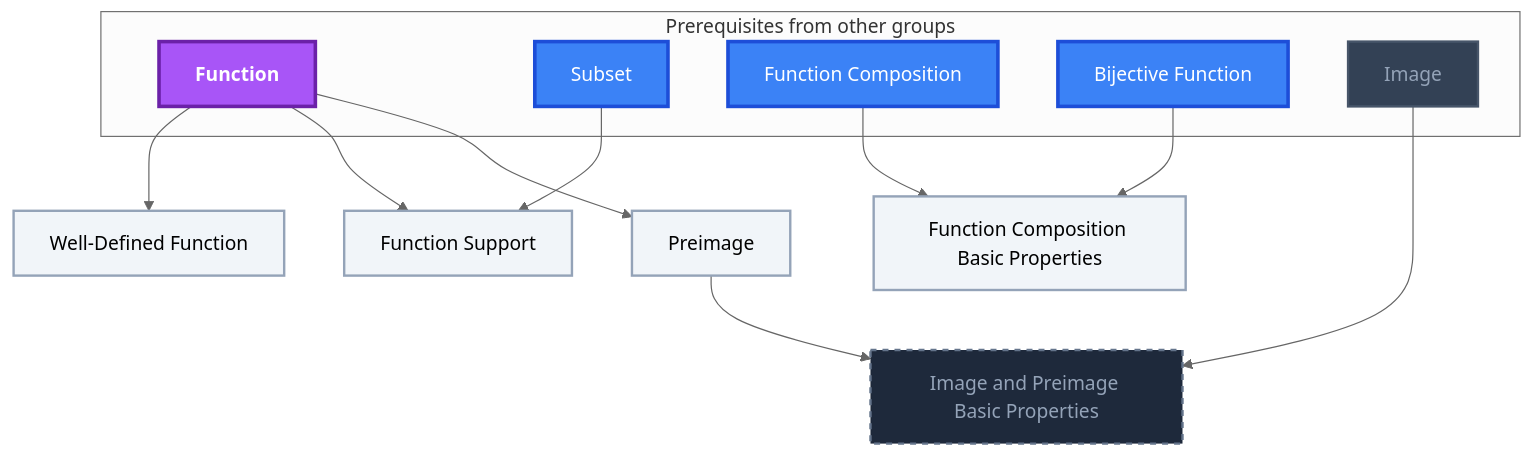
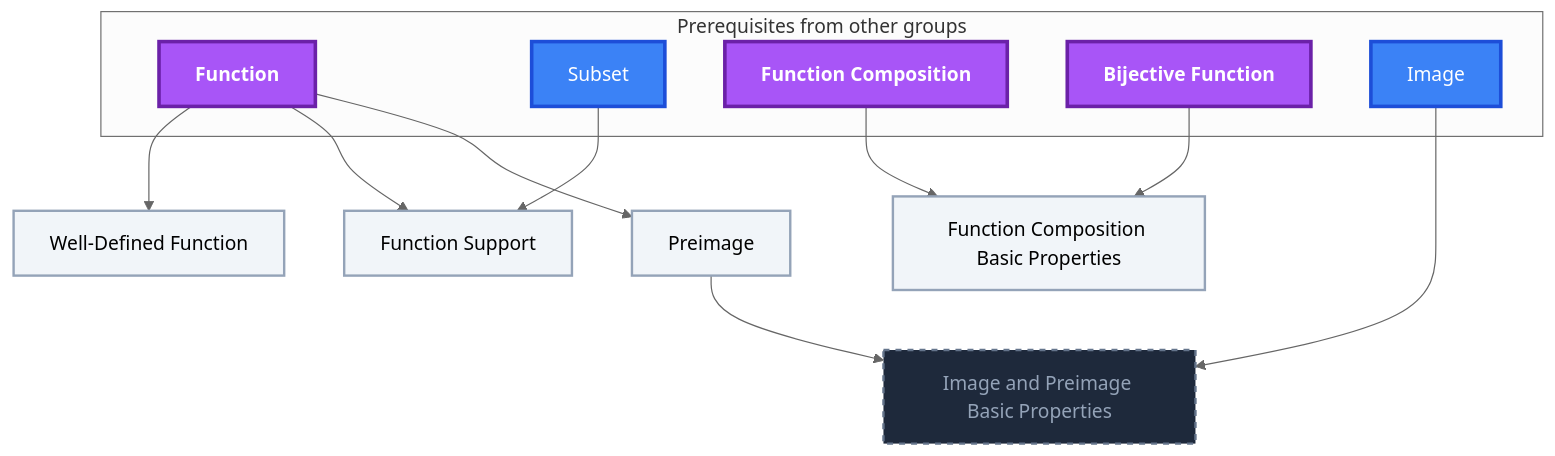
One commit to MRauf1/My-Notes changed the fifth of 7 diagrams in Gamification/Skill Trees/Discrete Mathematics.md. Above: the diagram before and after it, drawn with Mermaid (neutral theme). The commit also changed other lines of this file and 57 other files, not shown here.

````diff
--- a/Gamification/Skill Trees/Discrete Mathematics.md
+++ b/Gamification/Skill Trees/Discrete Mathematics.md
@@ -358,38 +358,37 @@
 ```mermaid
 flowchart TD
     classDef planned fill:#1E293B,stroke:#64748B,stroke-width:2px,stroke-dasharray:5 5,color:#94A3B8;
     classDef locked fill:#334155,stroke:#475569,stroke-width:2px,color:#94A3B8;
     classDef L0 fill:#F1F5F9,stroke:#94A3B8,stroke-width:2px,color:#000000;
     classDef L1 fill:#22C55E,stroke:#15803D,stroke-width:2px,color:#000000;
     classDef L2 fill:#3B82F6,stroke:#1D4ED8,stroke-width:3px,color:#FFFFFF;
     classDef L3 fill:#A855F7,stroke:#6B21A8,stroke-width:3px,color:#FFFFFF,font-weight:bold;
     classDef L4 fill:#F97316,stroke:#C2410C,stroke-width:4px,color:#000000,font-weight:bold;
     classDef L5 fill:#FFD700,stroke:#FF8C00,stroke-width:5px,color:#000000,font-weight:bold;
     classDef rusty stroke:#8B4513,stroke-width:4px,stroke-dasharray:3 3;
     subgraph sg_prereqs["Prerequisites from other groups"]
         n_function["Function"]
         n_subset["Subset"]
         n_function_composition["Function Composition"]
         n_bijective_function["Bijective Function"]
         n_image["Image"]
     end
     n_well_defined_function["Well-Defined Function"]
     n_function_support["Function Support"]
     n_function_composition_basic_properties["Function Composition Basic Properties"]
     n_preimage["Preimage"]
     n_image_and_preimage_basic_properties["Image and Preimage Basic Properties"]
     n_function --> n_well_defined_function
     n_function --> n_function_support
     n_subset --> n_function_support
     n_function_composition --> n_function_composition_basic_properties
     n_bijective_function --> n_function_composition_basic_properties
     n_function --> n_preimage
     n_preimage --> n_image_and_preimage_basic_properties
     n_image --> n_image_and_preimage_basic_properties
     class n_image_and_preimage_basic_properties planned;
-    class n_image locked;
     class n_well_defined_function,n_function_support,n_function_composition_basic_properties,n_preimage L0;
-    class n_subset,n_function_composition,n_bijective_function L2;
-    class n_function L3;
+    class n_subset,n_image L2;
+    class n_function,n_function_composition,n_bijective_function L3;
     class n_function,n_subset,n_function_composition,n_bijective_function,n_image,n_well_defined_function,n_function_support,n_function_composition_basic_properties,n_preimage internal-link;
 ```
````
